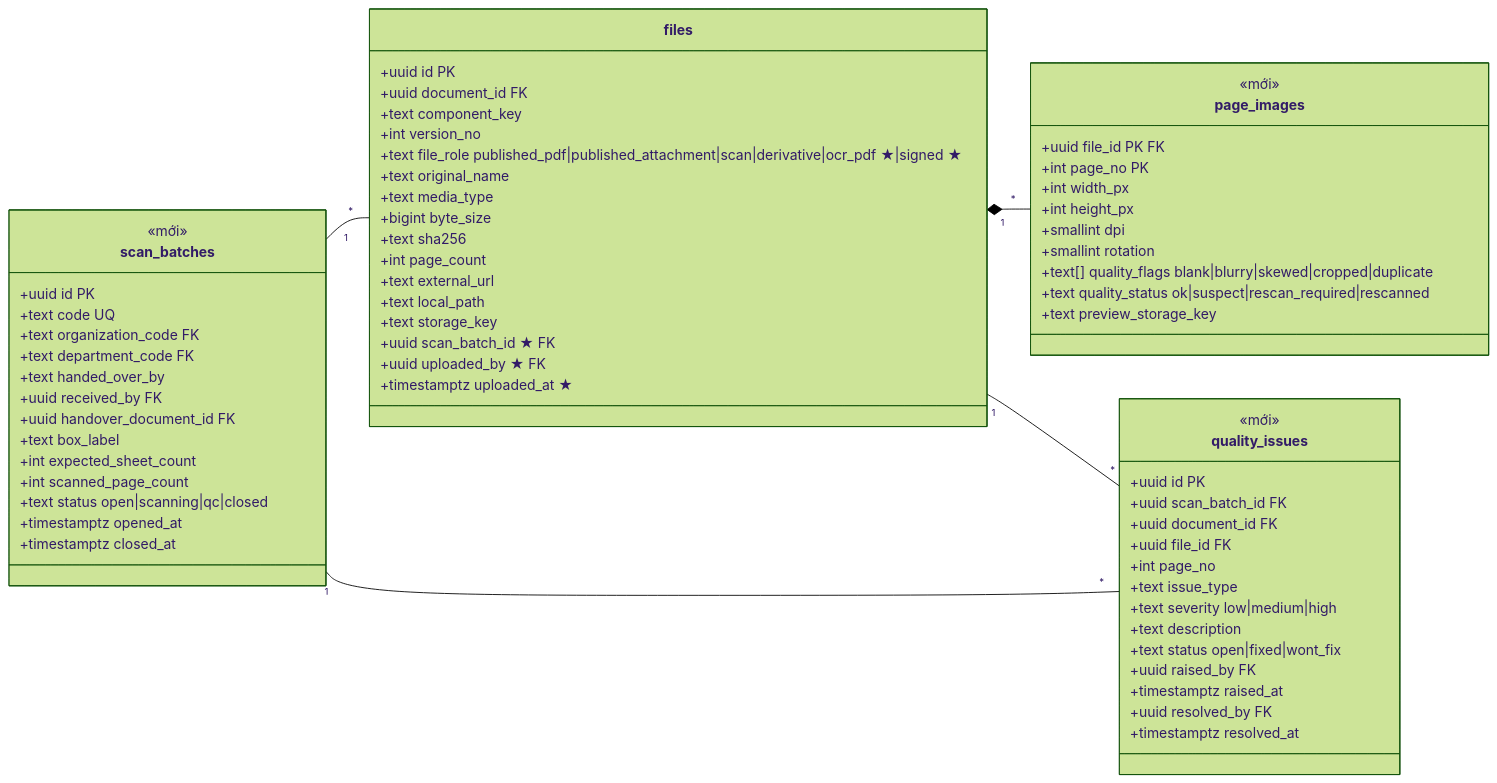
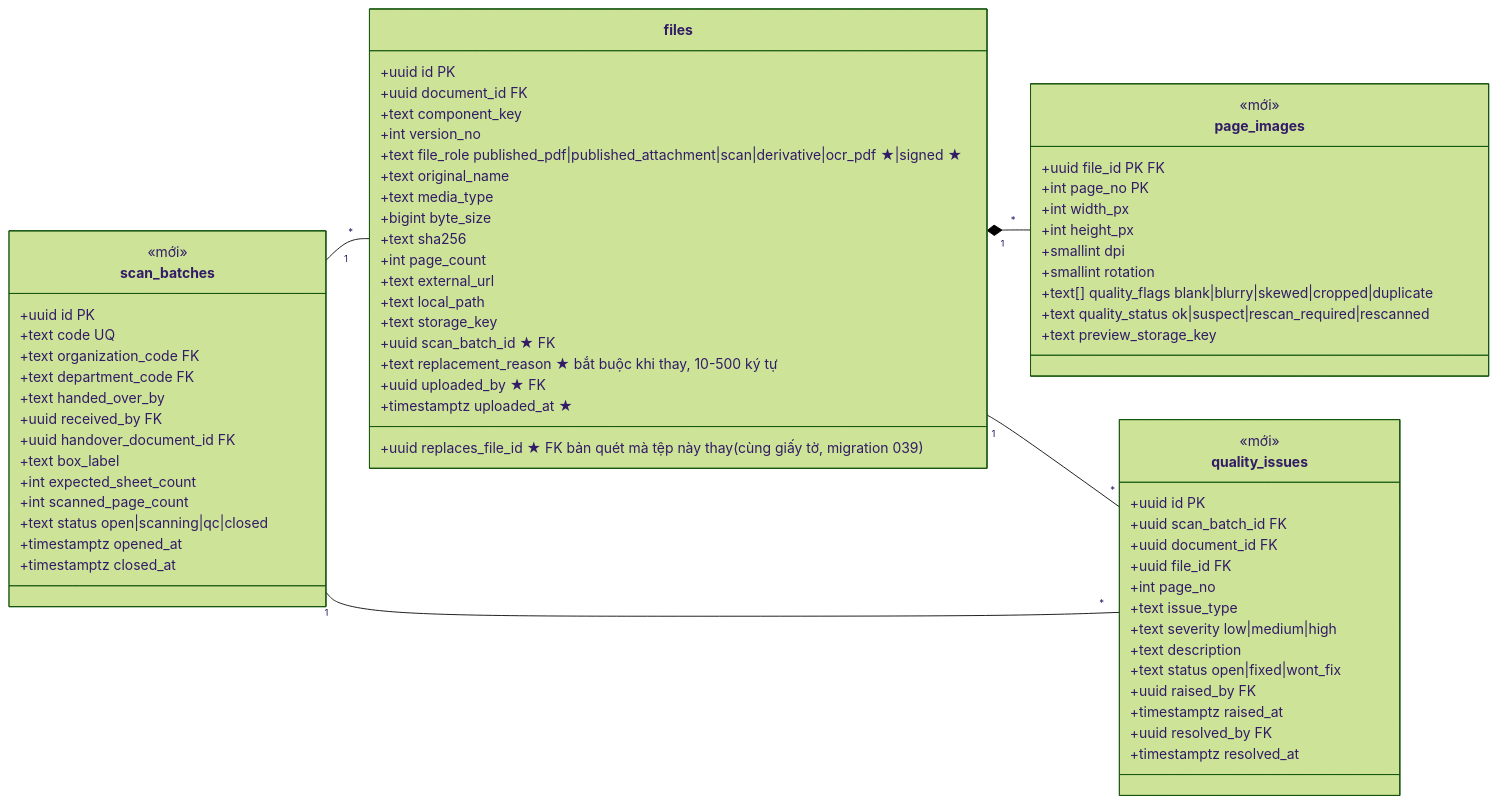
One commit to quocvu12345/So_hoa_giay_to_ubnd changed the fifth of 11 diagrams in docs/03-thiet-ke-csdl.md. Above: the diagram before and after it, drawn with Mermaid (forest theme). The commit also changed 129 other files, not shown here.

````diff
--- a/docs/03-thiet-ke-csdl.md
+++ b/docs/03-thiet-ke-csdl.md
@@ -396,70 +396,72 @@
 ```mermaid
 classDiagram
   direction LR
   class scan_batches {
     <<mới>>
     +uuid id PK
     +text code UQ
     +text organization_code FK
     +text department_code FK
     +text handed_over_by
     +uuid received_by FK
     +uuid handover_document_id FK
     +text box_label
     +int expected_sheet_count
     +int scanned_page_count
     +text status open|scanning|qc|closed
     +timestamptz opened_at
     +timestamptz closed_at
   }
   class files {
     +uuid id PK
     +uuid document_id FK
     +text component_key
     +int version_no
     +text file_role published_pdf|published_attachment|scan|derivative|ocr_pdf ★|signed ★
     +text original_name
     +text media_type
     +bigint byte_size
     +text sha256
     +int page_count
     +text external_url
     +text local_path
     +text storage_key
     +uuid scan_batch_id ★ FK
+    +uuid replaces_file_id ★ FK bản quét mà tệp này thay (cùng giấy tờ, migration 039)
+    +text replacement_reason ★ bắt buộc khi thay, 10-500 ký tự
     +uuid uploaded_by ★ FK
     +timestamptz uploaded_at ★
   }
   class page_images {
     <<mới>>
     +uuid file_id PK FK
     +int page_no PK
     +int width_px
     +int height_px
     +smallint dpi
     +smallint rotation
     +text[] quality_flags blank|blurry|skewed|cropped|duplicate
     +text quality_status ok|suspect|rescan_required|rescanned
     +text preview_storage_key
   }
   class quality_issues {
     <<mới>>
     +uuid id PK
     +uuid scan_batch_id FK
     +uuid document_id FK
     +uuid file_id FK
     +int page_no
     +text issue_type
     +text severity low|medium|high
     +text description
     +text status open|fixed|wont_fix
     +uuid raised_by FK
     +timestamptz raised_at
     +uuid resolved_by FK
     +timestamptz resolved_at
   }
   scan_batches "1" -- "*" files
   scan_batches "1" -- "*" quality_issues
   files "1" *-- "*" page_images
   files "1" -- "*" quality_issues
 ```
````
